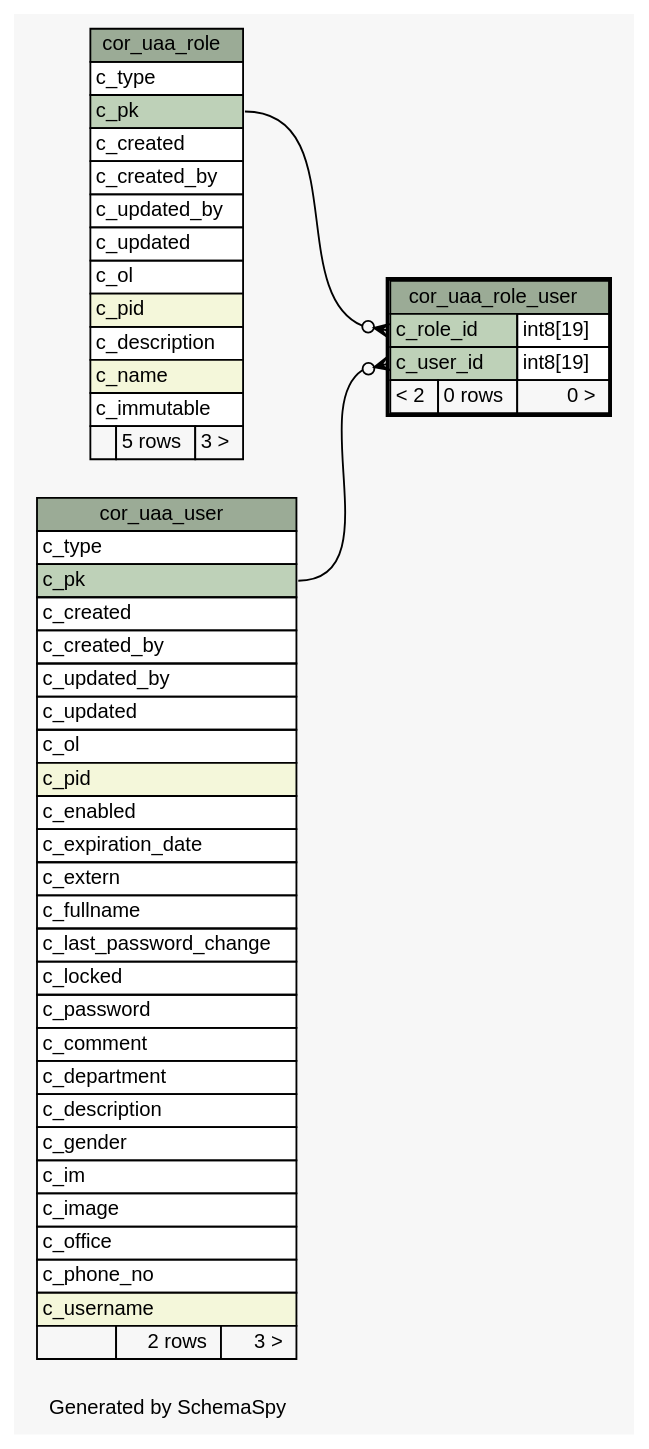
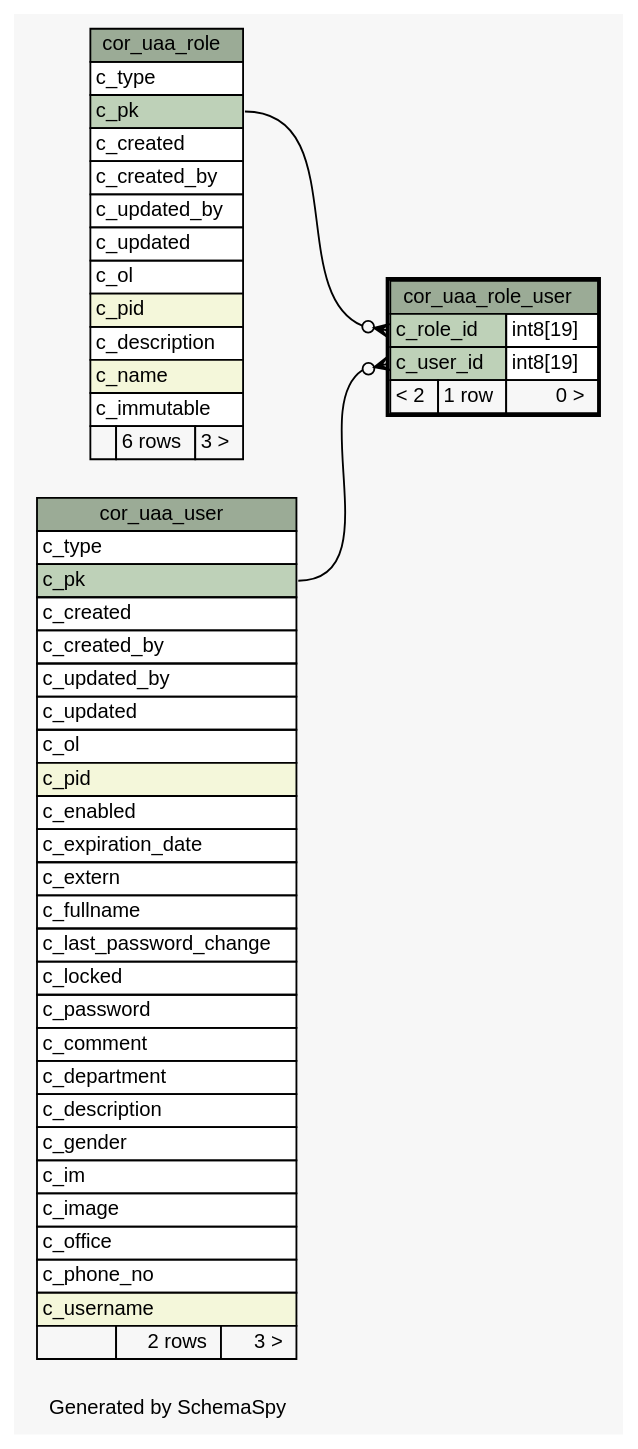
The diagram in 2.0.0-SNAPSHOT/schemaspy/diagrams/cor_uaa_role_user.1degree.dot (openwms/org.openwms.core.uaa), drawn with Graphviz before and after one commit. The commit also changed 237 other files, not shown here.

```diff
--- a/2.0.0-SNAPSHOT/schemaspy/diagrams/cor_uaa_role_user.1degree.dot
+++ b/2.0.0-SNAPSHOT/schemaspy/diagrams/cor_uaa_role_user.1degree.dot
@@ -1,88 +1,88 @@
-// dot 2.43.0 on Linux 5.15.0-1033-azure
+// dot 2.43.0 on Linux 5.15.0-1037-azure
 // SchemaSpy rev Unknown
 digraph "oneDegreeRelationshipsDiagram" {
   graph [
     rankdir="RL"
     bgcolor="#f7f7f7"
     label="\nGenerated by SchemaSpy"
     labeljust="l"
     nodesep="0.18"
     ranksep="0.46"
     fontname="Helvetica"
     fontsize="11"
   ];
   node [
     fontname="Helvetica"
     fontsize="11"
     shape="plaintext"
   ];
   edge [
     arrowsize="0.8"
   ];
   "cor_uaa_role_user":"c_role_id":w -> "cor_uaa_role":"c_pk":e [arrowhead=none dir=back arrowtail=crowodot];
   "cor_uaa_role_user":"c_user_id":w -> "cor_uaa_user":"c_pk":e [arrowhead=none dir=back arrowtail=crowodot];
   "cor_uaa_role" [
     label=<
     <TABLE BORDER="0" CELLBORDER="1" CELLSPACING="0" BGCOLOR="#ffffff">
       <TR><TD COLSPAN="3" BGCOLOR="#9bab96" ALIGN="CENTER">cor_uaa_role</TD></TR>
       <TR><TD PORT="c_type" COLSPAN="3" ALIGN="LEFT">c_type</TD></TR>
       <TR><TD PORT="c_pk" COLSPAN="3" BGCOLOR="#bed1b8" ALIGN="LEFT">c_pk</TD></TR>
       <TR><TD PORT="c_created" COLSPAN="3" ALIGN="LEFT">c_created</TD></TR>
       <TR><TD PORT="c_created_by" COLSPAN="3" ALIGN="LEFT">c_created_by</TD></TR>
       <TR><TD PORT="c_updated_by" COLSPAN="3" ALIGN="LEFT">c_updated_by</TD></TR>
       <TR><TD PORT="c_updated" COLSPAN="3" ALIGN="LEFT">c_updated</TD></TR>
       <TR><TD PORT="c_ol" COLSPAN="3" ALIGN="LEFT">c_ol</TD></TR>
       <TR><TD PORT="c_pid" COLSPAN="3" BGCOLOR="#f4f7da" ALIGN="LEFT">c_pid</TD></TR>
       <TR><TD PORT="c_description" COLSPAN="3" ALIGN="LEFT">c_description</TD></TR>
       <TR><TD PORT="c_name" COLSPAN="3" BGCOLOR="#f4f7da" ALIGN="LEFT">c_name</TD></TR>
       <TR><TD PORT="c_immutable" COLSPAN="3" ALIGN="LEFT">c_immutable</TD></TR>
-      <TR><TD ALIGN="LEFT" BGCOLOR="#f7f7f7">  </TD><TD ALIGN="RIGHT" BGCOLOR="#f7f7f7">5 rows</TD><TD ALIGN="RIGHT" BGCOLOR="#f7f7f7">3 &gt;</TD></TR>
+      <TR><TD ALIGN="LEFT" BGCOLOR="#f7f7f7">  </TD><TD ALIGN="RIGHT" BGCOLOR="#f7f7f7">6 rows</TD><TD ALIGN="RIGHT" BGCOLOR="#f7f7f7">3 &gt;</TD></TR>
     </TABLE>>
     URL="cor_uaa_role.html"
     tooltip="cor_uaa_role"
   ];
   "cor_uaa_role_user" [
     label=<
     <TABLE BORDER="2" CELLBORDER="1" CELLSPACING="0" BGCOLOR="#ffffff">
       <TR><TD COLSPAN="3" BGCOLOR="#9bab96" ALIGN="CENTER">cor_uaa_role_user</TD></TR>
       <TR><TD PORT="c_role_id" COLSPAN="2" BGCOLOR="#bed1b8" ALIGN="LEFT">c_role_id</TD><TD PORT="c_role_id.type" ALIGN="LEFT">int8[19]</TD></TR>
       <TR><TD PORT="c_user_id" COLSPAN="2" BGCOLOR="#bed1b8" ALIGN="LEFT">c_user_id</TD><TD PORT="c_user_id.type" ALIGN="LEFT">int8[19]</TD></TR>
-      <TR><TD ALIGN="LEFT" BGCOLOR="#f7f7f7">&lt; 2</TD><TD ALIGN="RIGHT" BGCOLOR="#f7f7f7">0 rows</TD><TD ALIGN="RIGHT" BGCOLOR="#f7f7f7">0 &gt;</TD></TR>
+      <TR><TD ALIGN="LEFT" BGCOLOR="#f7f7f7">&lt; 2</TD><TD ALIGN="RIGHT" BGCOLOR="#f7f7f7">1 row</TD><TD ALIGN="RIGHT" BGCOLOR="#f7f7f7">0 &gt;</TD></TR>
     </TABLE>>
     URL="cor_uaa_role_user.html"
     tooltip="cor_uaa_role_user"
   ];
   "cor_uaa_user" [
     label=<
     <TABLE BORDER="0" CELLBORDER="1" CELLSPACING="0" BGCOLOR="#ffffff">
       <TR><TD COLSPAN="3" BGCOLOR="#9bab96" ALIGN="CENTER">cor_uaa_user</TD></TR>
       <TR><TD PORT="c_type" COLSPAN="3" ALIGN="LEFT">c_type</TD></TR>
       <TR><TD PORT="c_pk" COLSPAN="3" BGCOLOR="#bed1b8" ALIGN="LEFT">c_pk</TD></TR>
       <TR><TD PORT="c_created" COLSPAN="3" ALIGN="LEFT">c_created</TD></TR>
       <TR><TD PORT="c_created_by" COLSPAN="3" ALIGN="LEFT">c_created_by</TD></TR>
       <TR><TD PORT="c_updated_by" COLSPAN="3" ALIGN="LEFT">c_updated_by</TD></TR>
       <TR><TD PORT="c_updated" COLSPAN="3" ALIGN="LEFT">c_updated</TD></TR>
       <TR><TD PORT="c_ol" COLSPAN="3" ALIGN="LEFT">c_ol</TD></TR>
       <TR><TD PORT="c_pid" COLSPAN="3" BGCOLOR="#f4f7da" ALIGN="LEFT">c_pid</TD></TR>
       <TR><TD PORT="c_enabled" COLSPAN="3" ALIGN="LEFT">c_enabled</TD></TR>
       <TR><TD PORT="c_expiration_date" COLSPAN="3" ALIGN="LEFT">c_expiration_date</TD></TR>
       <TR><TD PORT="c_extern" COLSPAN="3" ALIGN="LEFT">c_extern</TD></TR>
       <TR><TD PORT="c_fullname" COLSPAN="3" ALIGN="LEFT">c_fullname</TD></TR>
       <TR><TD PORT="c_last_password_change" COLSPAN="3" ALIGN="LEFT">c_last_password_change</TD></TR>
       <TR><TD PORT="c_locked" COLSPAN="3" ALIGN="LEFT">c_locked</TD></TR>
       <TR><TD PORT="c_password" COLSPAN="3" ALIGN="LEFT">c_password</TD></TR>
       <TR><TD PORT="c_comment" COLSPAN="3" ALIGN="LEFT">c_comment</TD></TR>
       <TR><TD PORT="c_department" COLSPAN="3" ALIGN="LEFT">c_department</TD></TR>
       <TR><TD PORT="c_description" COLSPAN="3" ALIGN="LEFT">c_description</TD></TR>
       <TR><TD PORT="c_gender" COLSPAN="3" ALIGN="LEFT">c_gender</TD></TR>
       <TR><TD PORT="c_im" COLSPAN="3" ALIGN="LEFT">c_im</TD></TR>
       <TR><TD PORT="c_image" COLSPAN="3" ALIGN="LEFT">c_image</TD></TR>
       <TR><TD PORT="c_office" COLSPAN="3" ALIGN="LEFT">c_office</TD></TR>
       <TR><TD PORT="c_phone_no" COLSPAN="3" ALIGN="LEFT">c_phone_no</TD></TR>
       <TR><TD PORT="c_username" COLSPAN="3" BGCOLOR="#f4f7da" ALIGN="LEFT">c_username</TD></TR>
       <TR><TD ALIGN="LEFT" BGCOLOR="#f7f7f7">  </TD><TD ALIGN="RIGHT" BGCOLOR="#f7f7f7">2 rows</TD><TD ALIGN="RIGHT" BGCOLOR="#f7f7f7">3 &gt;</TD></TR>
     </TABLE>>
     URL="cor_uaa_user.html"
     tooltip="cor_uaa_user"
   ];
 }
```
